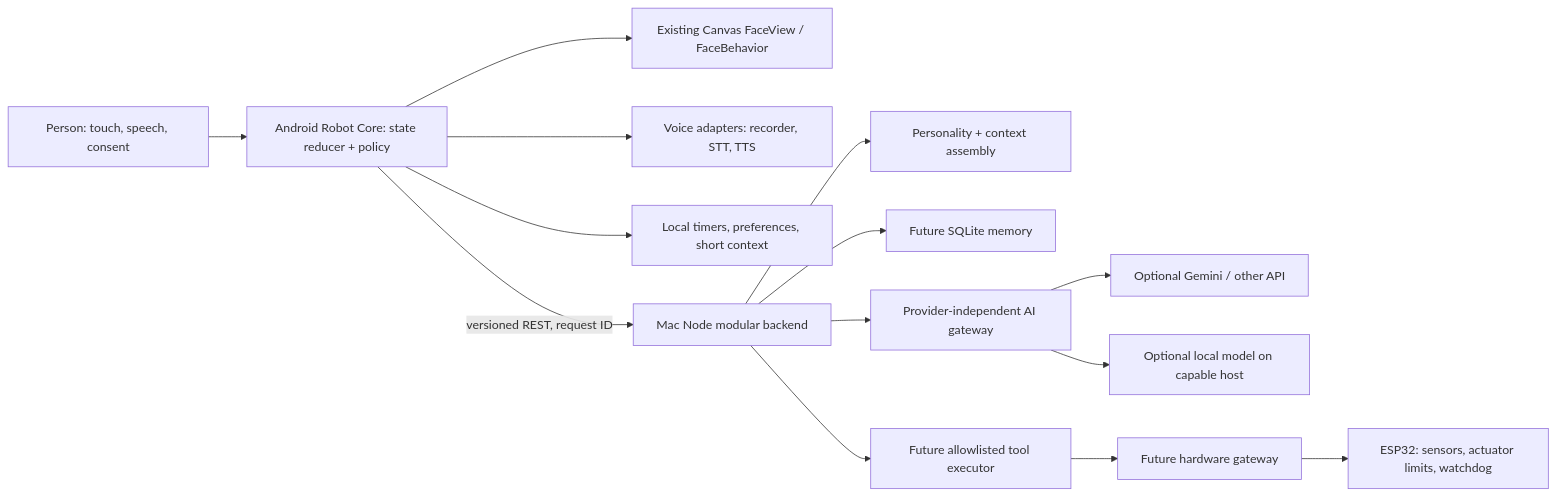
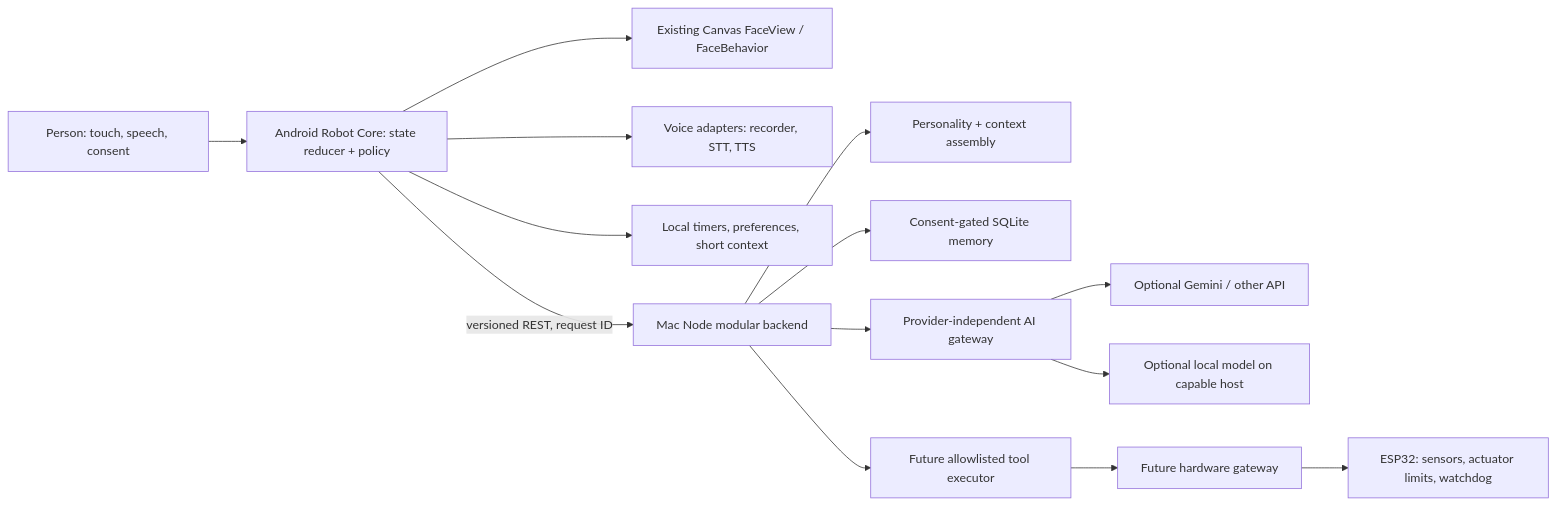
Before and after one commit to ahmetfsyn/mobile-assistant: the first of 8 diagrams in docs/ROBOT_ARCHITECTURE.md, drawn with Mermaid. The commit also changed other lines of this file and 24 other files, not shown here.

Commit message:
feat: add consent-gated persistent memory

````diff
--- a/docs/ROBOT_ARCHITECTURE.md
+++ b/docs/ROBOT_ARCHITECTURE.md
@@ -13,16 +13,16 @@
 ```mermaid
 flowchart LR
   Person["Person: touch, speech, consent"] --> Core["Android Robot Core: state reducer + policy"]
   Core --> Face["Existing Canvas FaceView / FaceBehavior"]
   Core --> Voice["Voice adapters: recorder, STT, TTS"]
   Core --> Local["Local timers, preferences, short context"]
   Core -->|"versioned REST, request ID"| Api["Mac Node modular backend"]
   Api --> Personality["Personality + context assembly"]
-  Api --> Memory["Future SQLite memory"]
+  Api --> Memory["Consent-gated SQLite memory"]
   Api --> AI["Provider-independent AI gateway"]
   Api --> Tools["Future allowlisted tool executor"]
   AI --> Gemini["Optional Gemini / other API"]
   AI --> LocalModel["Optional local model on capable host"]
   Tools --> Gateway["Future hardware gateway"]
   Gateway --> ESP["ESP32: sensors, actuator limits, watchdog"]
 ```
````
